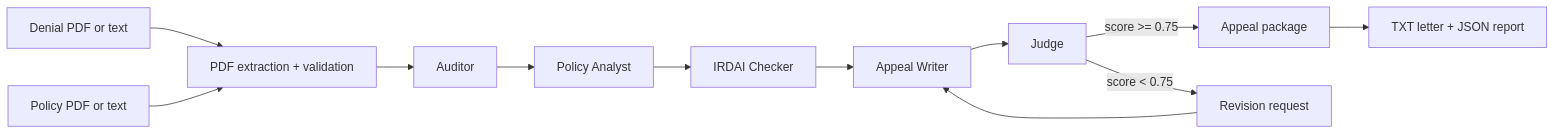
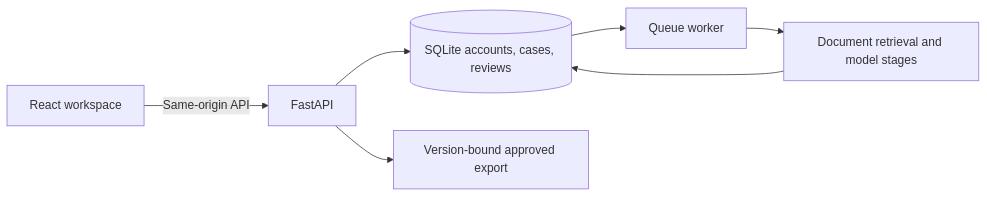
Before and after one commit to Harsh-4210/Insureclear: the diagram in README.md, drawn with Mermaid. The commit also changed other lines of this file and 16 other files, not shown here.

````diff
--- a/README.md
+++ b/README.md
@@ -126,14 +74,9 @@
 ```mermaid
 flowchart LR
-    A[Denial PDF or text] --> X[PDF extraction + validation]
-    B[Policy PDF or text] --> X
-    X --> C[Auditor]
-    C --> D[Policy Analyst]
-    D --> E[IRDAI Checker]
-    E --> F[Appeal Writer]
-    F --> G[Judge]
-    G -->|score >= 0.75| H[Appeal package]
-    G -->|score < 0.75| I[Revision request]
-    I --> F
-    H --> J[TXT letter + JSON report]
+    A[React workspace] -->|Same-origin API| B[FastAPI]
+    B --> C[(SQLite accounts, cases, reviews)]
+    C --> D[Queue worker]
+    D --> E[Document retrieval and model stages]
+    E --> C
+    B --> F[Version-bound approved export]
 ```
````
